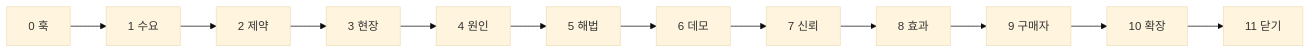
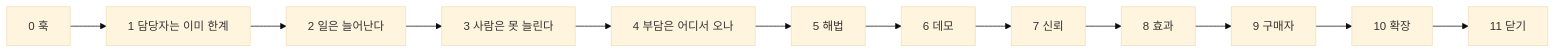
One commit to yeonguk4100/Like-BamTi changed the diagram in docs/해커톤-발표-구성.md. Above: the diagram before and after it, drawn with Mermaid (base theme). The commit also changed other lines of this file and 2 other files, not shown here.

````diff
--- a/docs/해커톤-발표-구성.md
+++ b/docs/해커톤-발표-구성.md
@@ -14,14 +28,14 @@
 ```mermaid
 flowchart LR
-  B0[0 훅] --> B1[1 수요]
-  B1 --> B2[2 제약]
-  B2 --> B3[3 현장]
-  B3 --> B4[4 원인]
+  B0[0 훅] --> B1[1 담당자는 이미 한계]
+  B1 --> B2[2 일은 늘어난다]
+  B2 --> B3[3 사람은 못 늘린다]
+  B3 --> B4[4 부담은 어디서 오나]
   B4 --> B5[5 해법]
   B5 --> B6[6 데모]
   B6 --> B7[7 신뢰]
   B7 --> B8[8 효과]
   B8 --> B9[9 구매자]
   B9 --> B10[10 확장]
   B10 --> B11[11 닫기]
 ```
````
